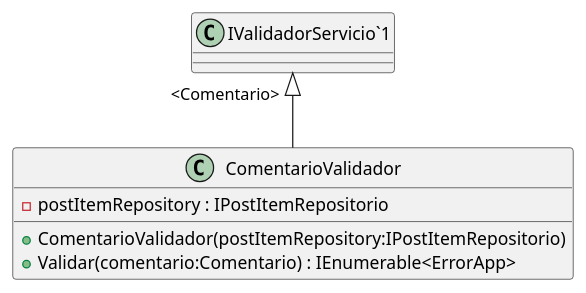
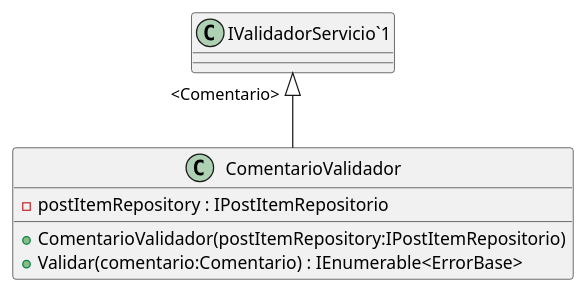
One commit to wkrea/BlogPost-appdemo changed the diagram in BackEnd/App.Core/Servicios/Validadores/ComentarioValidador.puml. Above: the diagram before and after it, drawn with PlantUML. The commit also changed 23 other files, not shown here.

```diff
--- a/BackEnd/App.Core/Servicios/Validadores/ComentarioValidador.puml
+++ b/BackEnd/App.Core/Servicios/Validadores/ComentarioValidador.puml
@@ -1,8 +1,8 @@
 @startuml
 class ComentarioValidador {
     - postItemRepository : IPostItemRepositorio
     + ComentarioValidador(postItemRepository:IPostItemRepositorio)
-    + Validar(comentario:Comentario) : IEnumerable<ErrorApp>
+    + Validar(comentario:Comentario) : IEnumerable<ErrorBase>
 }
 "IValidadorServicio`1" "<Comentario>" <|-- ComentarioValidador
 @enduml
```
